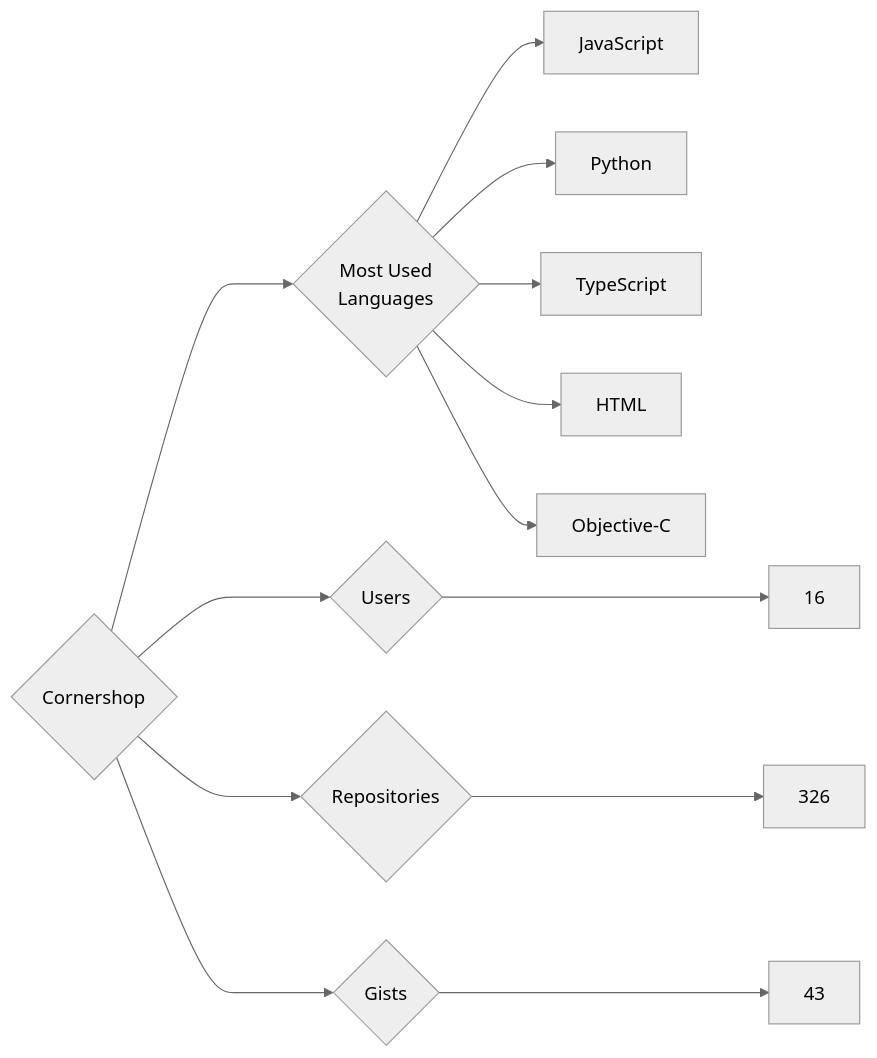
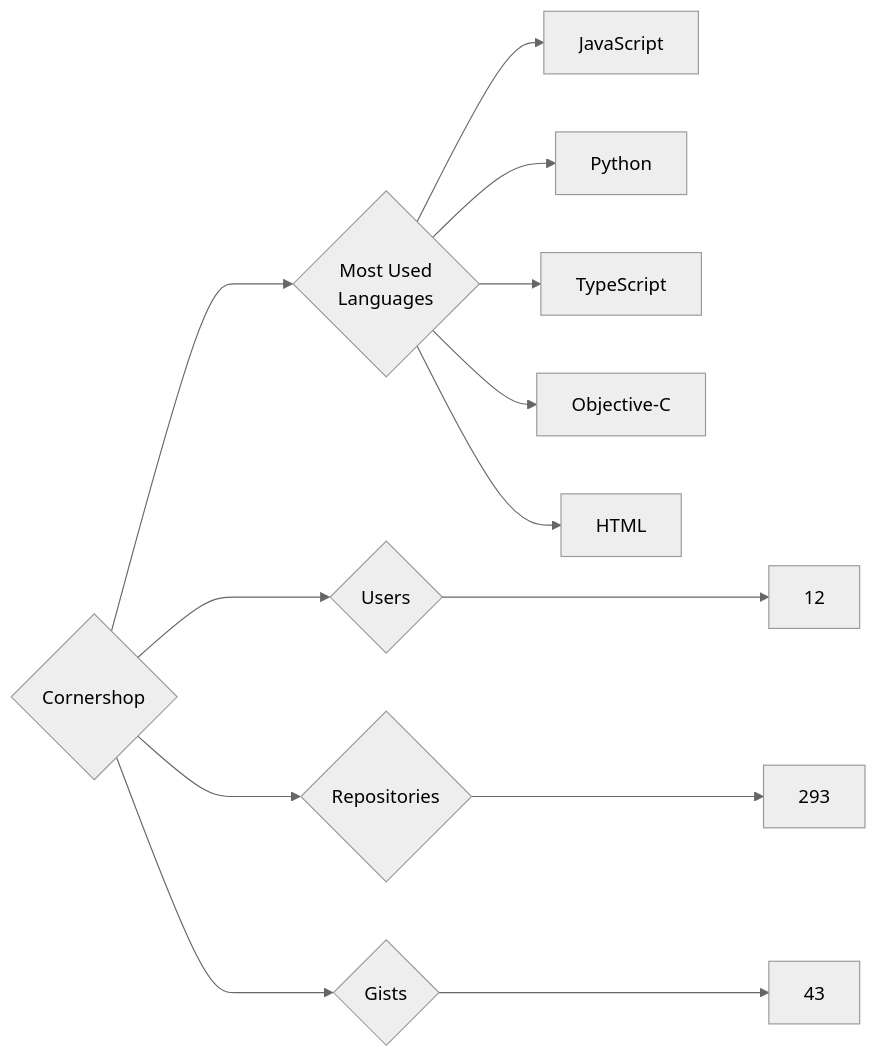
The diagram in targets/Cornershop/README.md (trickest/insiders), drawn with Mermaid (neutral theme) before and after one commit. The commit also changed 998 other files, not shown here.

````diff
--- a/targets/Cornershop/README.md
+++ b/targets/Cornershop/README.md
@@ -3,13 +3,13 @@
 ```mermaid
 graph LR
 COMPANY_NAME{Cornershop}
-COMPANY_NAME ---> U{Users} ---> UN[16]
-COMPANY_NAME ---> R{Repositories} ---> RN[326]
+COMPANY_NAME ---> U{Users} ---> UN[12]
+COMPANY_NAME ---> R{Repositories} ---> RN[293]
 COMPANY_NAME ---> G{Gists} ---> GN[43]
 COMPANY_NAME ---> ML{Most Used<br>Languages}
 ML --> JavaScript[JavaScript]
 ML --> Python[Python]
 ML --> TypeScript[TypeScript]
+ML --> Objective-C[Objective-C]
 ML --> HTML[HTML]
-ML --> Objective-C[Objective-C]
 ```
````
